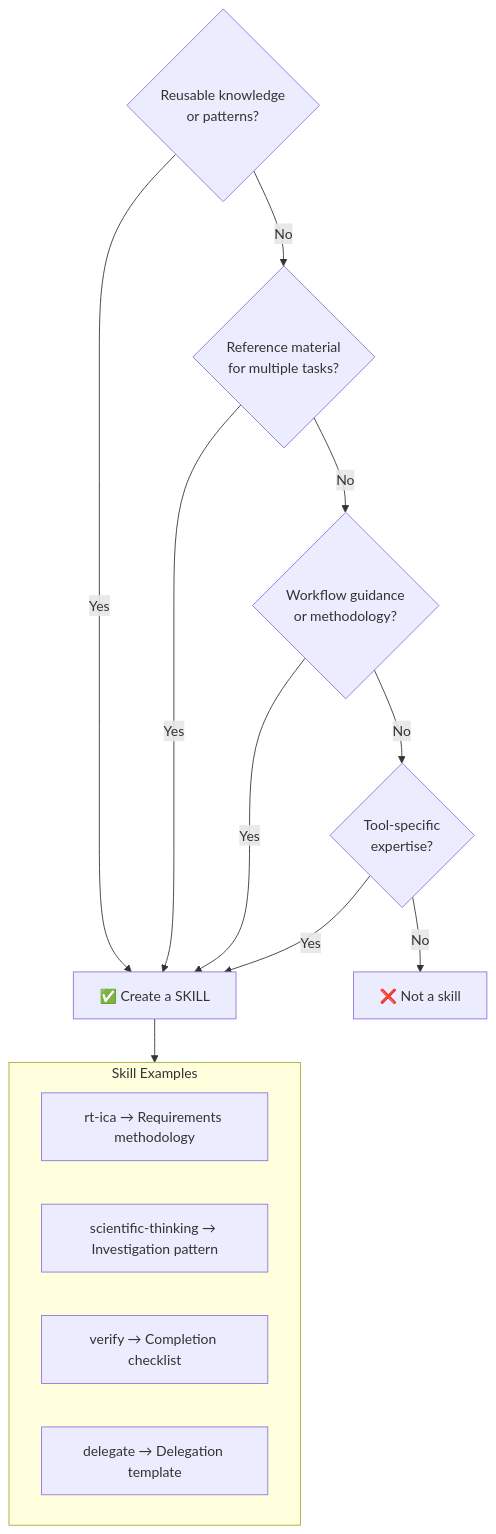
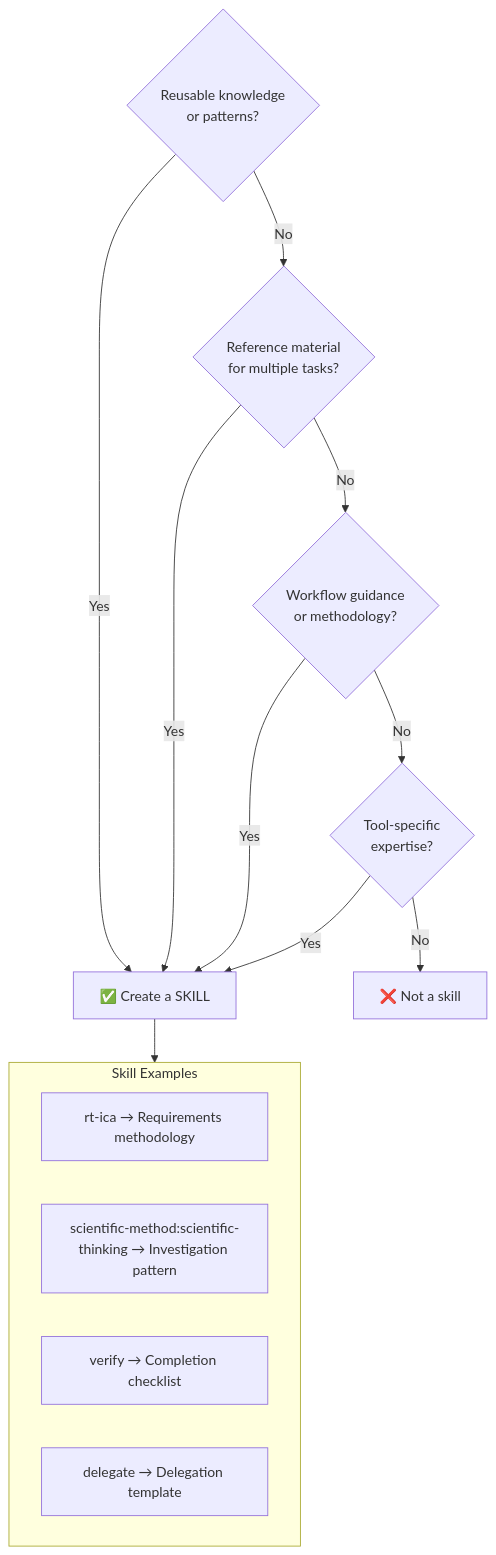
Before and after one commit to chgreer1070/claude_skills: the third of 7 diagrams in .claude/knowledge/workflow-diagrams/asset-decision-tree.md, drawn with Mermaid. The commit also changed 9 other files, not shown here.

Commit message:
fix(scientific-method): update all upstream references to new plugin skill paths

````diff
--- a/.claude/knowledge/workflow-diagrams/asset-decision-tree.md
+++ b/.claude/knowledge/workflow-diagrams/asset-decision-tree.md
@@ -88,28 +88,28 @@
 ```mermaid
 flowchart TD
     Q1{"Reusable knowledge<br/>or patterns?"}
     Q2{"Reference material<br/>for multiple tasks?"}
     Q3{"Workflow guidance<br/>or methodology?"}
     Q4{"Tool-specific<br/>expertise?"}
 
     YES["✅ Create a SKILL"]
     NO["❌ Not a skill"]
 
     Q1 -->|"Yes"| YES
     Q1 -->|"No"| Q2
     Q2 -->|"Yes"| YES
     Q2 -->|"No"| Q3
     Q3 -->|"Yes"| YES
     Q3 -->|"No"| Q4
     Q4 -->|"Yes"| YES
     Q4 -->|"No"| NO
 
     subgraph EXAMPLES["Skill Examples"]
         E1["rt-ica → Requirements methodology"]
-        E2["scientific-thinking → Investigation pattern"]
+        E2["scientific-method:scientific-thinking → Investigation pattern"]
         E3["verify → Completion checklist"]
         E4["delegate → Delegation template"]
     end
 
     YES --> EXAMPLES
 ```
````
